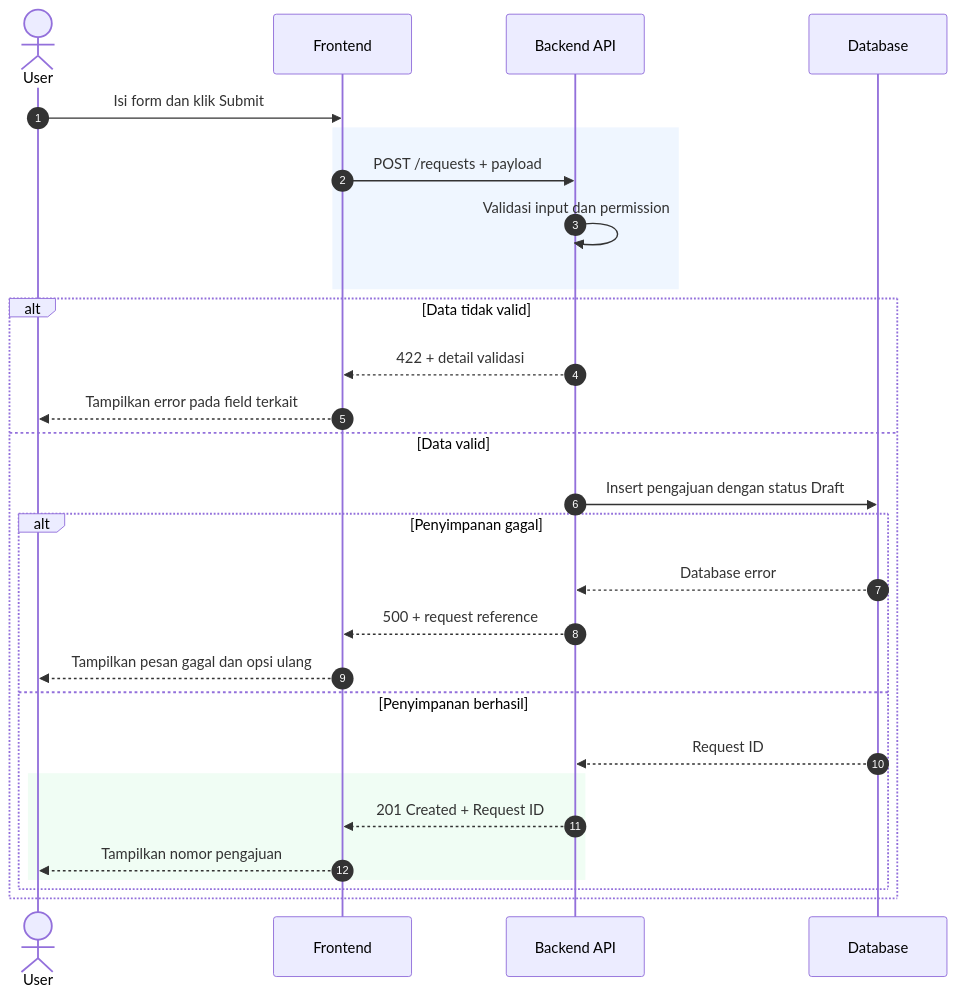
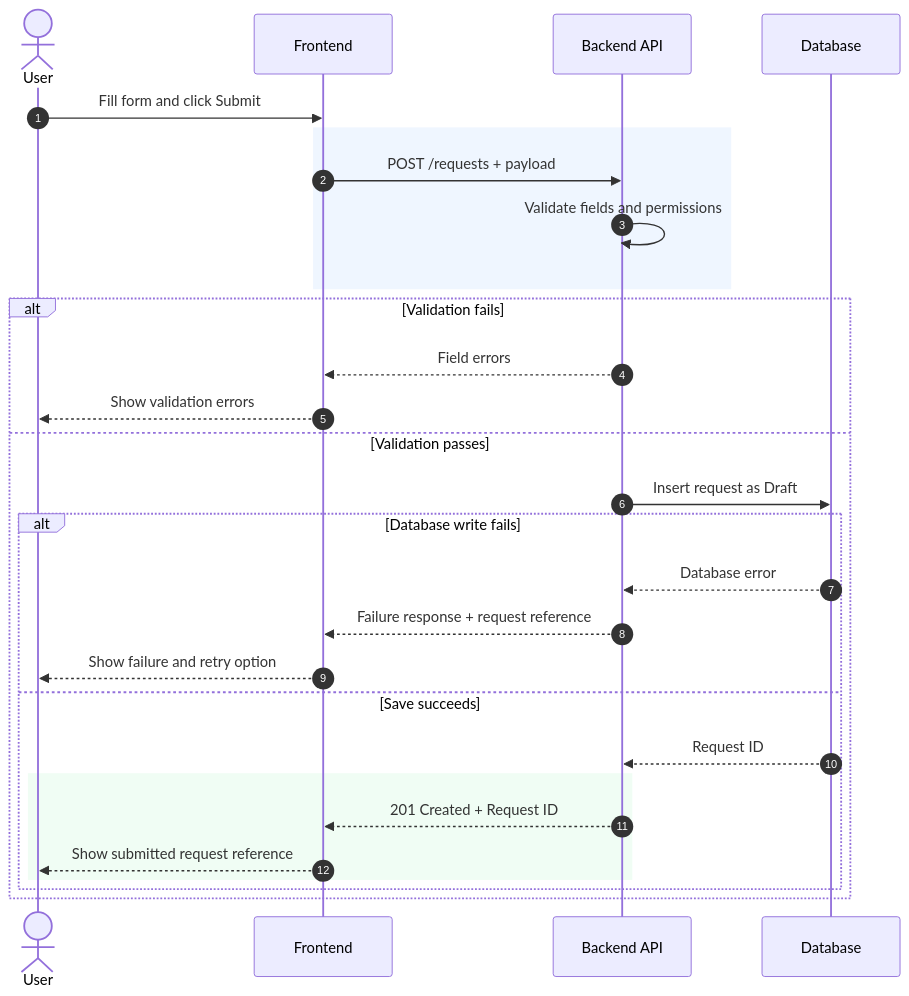
The diagram in examples/diagrams/sequence-submit-form.mmd (Ducklazy231/system-analysis-skill), drawn with Mermaid before and after one commit.

Commit message:
examples: keep Mermaid diagrams English-first

```diff
--- a/examples/diagrams/sequence-submit-form.mmd
+++ b/examples/diagrams/sequence-submit-form.mmd
@@ -1,29 +1,30 @@
 sequenceDiagram
     autonumber
-    actor U as User
+    actor User
     participant FE as Frontend
     participant API as Backend API
     participant DB as Database
 
-    U->>FE: Isi form dan klik Submit
+    User->>FE: Fill form and click Submit
     rect rgb(239, 246, 255)
         FE->>API: POST /requests + payload
-        API->>API: Validasi input dan permission
+        API->>API: Validate fields and permissions
     end
-    alt Data tidak valid
-        API-->>FE: 422 + detail validasi
-        FE-->>U: Tampilkan error pada field terkait
-    else Data valid
-        API->>DB: Insert pengajuan dengan status Draft
-        alt Penyimpanan gagal
+
+    alt Validation fails
+        API-->>FE: Field errors
+        FE-->>User: Show validation errors
+    else Validation passes
+        API->>DB: Insert request as Draft
+        alt Database write fails
             DB-->>API: Database error
-            API-->>FE: 500 + request reference
-            FE-->>U: Tampilkan pesan gagal dan opsi ulang
-        else Penyimpanan berhasil
+            API-->>FE: Failure response + request reference
+            FE-->>User: Show failure and retry option
+        else Save succeeds
             DB-->>API: Request ID
             rect rgb(240, 253, 244)
                 API-->>FE: 201 Created + Request ID
-                FE-->>U: Tampilkan nomor pengajuan
+                FE-->>User: Show submitted request reference
             end
         end
     end
```
